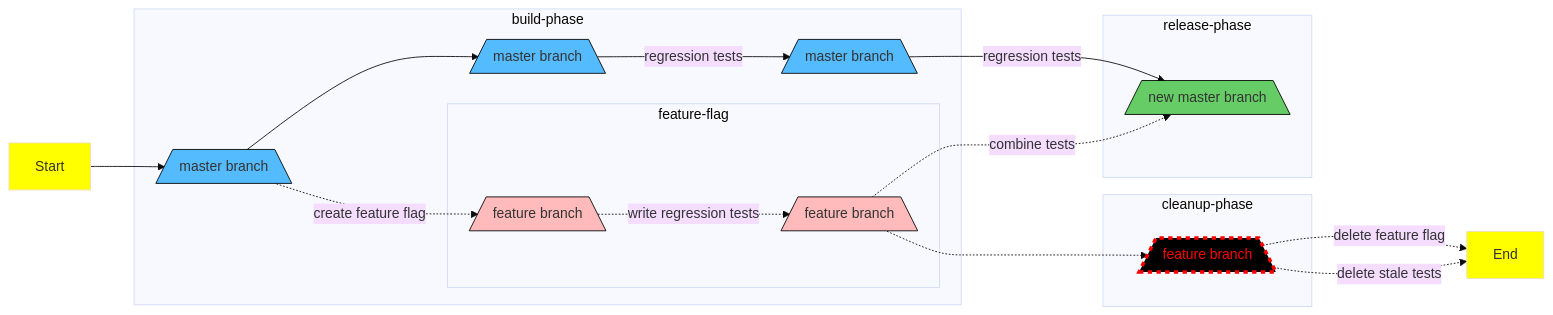
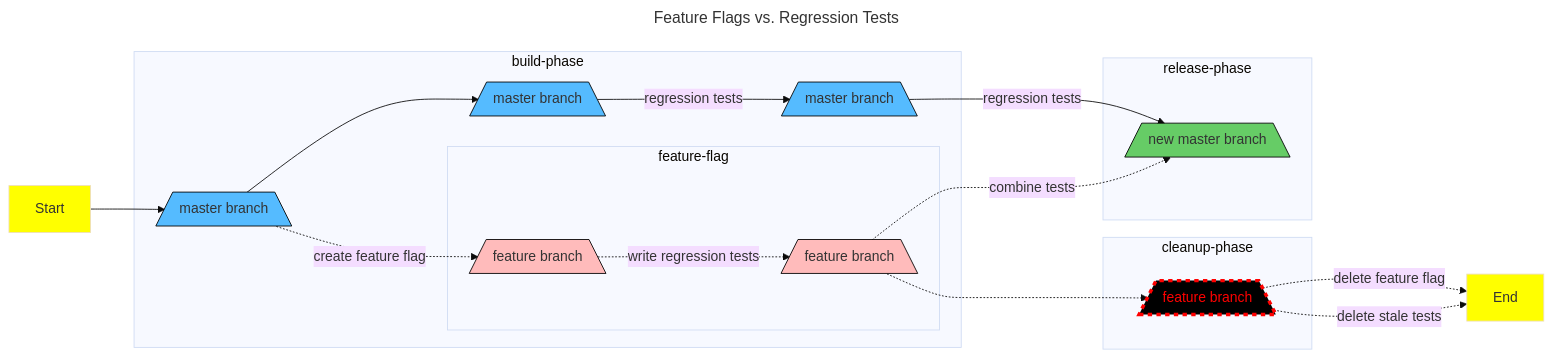
The diagram in diagrams/diagram1.mmd (jessicahirsch/Mermaid-Diagrams), drawn with Mermaid (base theme) before and after one commit. The commit also changed 1 other file, not shown here.

Commit message:
fix: add title to Feature Flags vs. Regression Tests

```diff
--- a/diagrams/diagram1.mmd
+++ b/diagrams/diagram1.mmd
@@ -1,48 +1,52 @@
+---
+title: Feature Flags vs. Regression Tests
+---
+
 flowchart LR
 
 %% Each phase is one line of code to promote small batches
 %% Two lines of code means smaller batches called for, excluding classes
 
     Y[Start]-->A[/master branch\]
 
     subgraph build-phase
     A[/master branch\]-->AB[/master branch\]
 
     %% Begin top line build phase
     AB[/master branch\]--regression tests-->B[/master branch\]
 
     %% Feature branch is forked from master
     A[/master branch\]-.create feature flag.->C[/feature branch\]
 
     %% Feature developement begins behind flag
     subgraph feature-flag
     C[/feature branch\]-.write regression tests .->D[/feature branch\]
     D[/feature branch\]
     end feature-flag
     end build-phase
 
     subgraph release-phase
     B[/master branch\]--regression tests-->E[/new master branch\]
 
     %% Work is integrated
     D[/feature branch\]-.combine tests .->E[/new master branch\]
     end release-phase
 
     %% Post-experiment cleanup phase
     subgraph cleanup-phase
     D[/feature branch\]-.->F[/feature branch\]
     F[/feature branch\]
     end cleanup-phase
 
     F[/feature branch\]-.delete feature flag.->Z[End]
     F[/feature branch\]-.delete stale tests.->Z[End]
 
     style Y fill:#ff0
     style Z fill:#ff0
     style E fill:#6C6,stroke:#000
     style F fill:#000,stroke:#f00,stroke-width:4px,color:#f00,stroke-dasharray: 5 5
     
     class A,AB,B masterClass;
     class C,D featureClass
     classDef masterClass fill:#5BF,stroke:#000
     classDef featureClass fill:#FBB,stroke:#000
```
